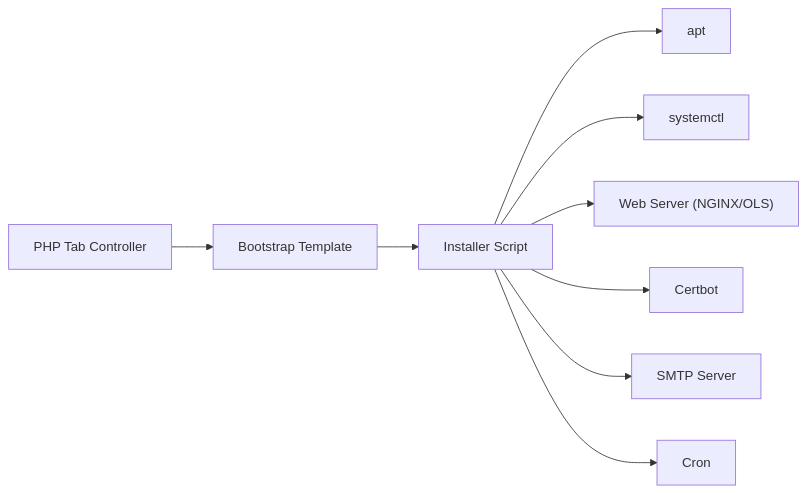
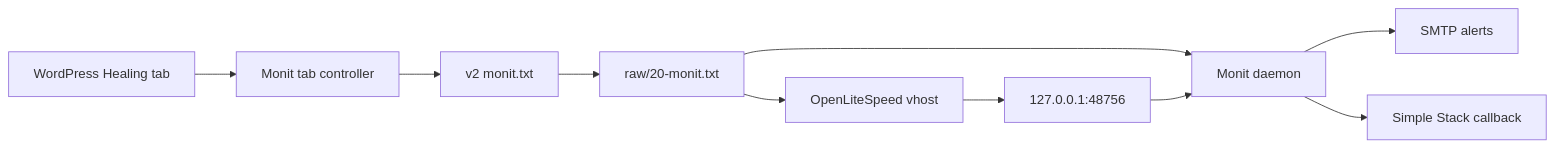
The diagram in .qoder/repowiki/en/content/Operational Tools/Monitoring Solutions/Monit Service Monitoring.md (onedogsolutions/simple-stack), drawn with Mermaid before and after one commit. The commit also changed other lines of this file and 5941 other files, not shown here.

First line of the commit message:
refactor(core): rebrand WPCloudDeploy to Simple Stack with new namespaces and prefixes

````diff
--- a/.qoder/repowiki/en/content/Operational Tools/Monitoring Solutions/Monit Service Monitoring.md
+++ b/.qoder/repowiki/en/content/Operational Tools/Monitoring Solutions/Monit Service Monitoring.md
@@ -233,11 +20,12 @@
 ```mermaid
 graph LR
-PHP["PHP Tab Controller"] --> Bootstrap["Bootstrap Template"]
-Bootstrap --> Installer["Installer Script"]
-Installer --> Apt["apt"]
-Installer --> Systemctl["systemctl"]
-Installer --> Web["Web Server (NGINX/OLS)"]
-Installer --> Certbot["Certbot"]
-Installer --> SMTP["SMTP Server"]
-Installer --> Cron["Cron"]
+    Admin["WordPress Healing tab"] --> Controller["Monit tab controller"]
+    Controller --> Wrapper["v2 monit.txt"]
+    Wrapper --> Raw["raw/20-monit.txt"]
+    Raw --> Monit["Monit daemon"]
+    Raw --> OLS["OpenLiteSpeed vhost"]
+    OLS --> Loopback["127.0.0.1:48756"]
+    Loopback --> Monit
+    Monit --> SMTP["SMTP alerts"]
+    Monit --> Callback["Simple Stack callback"]
 ```
````
